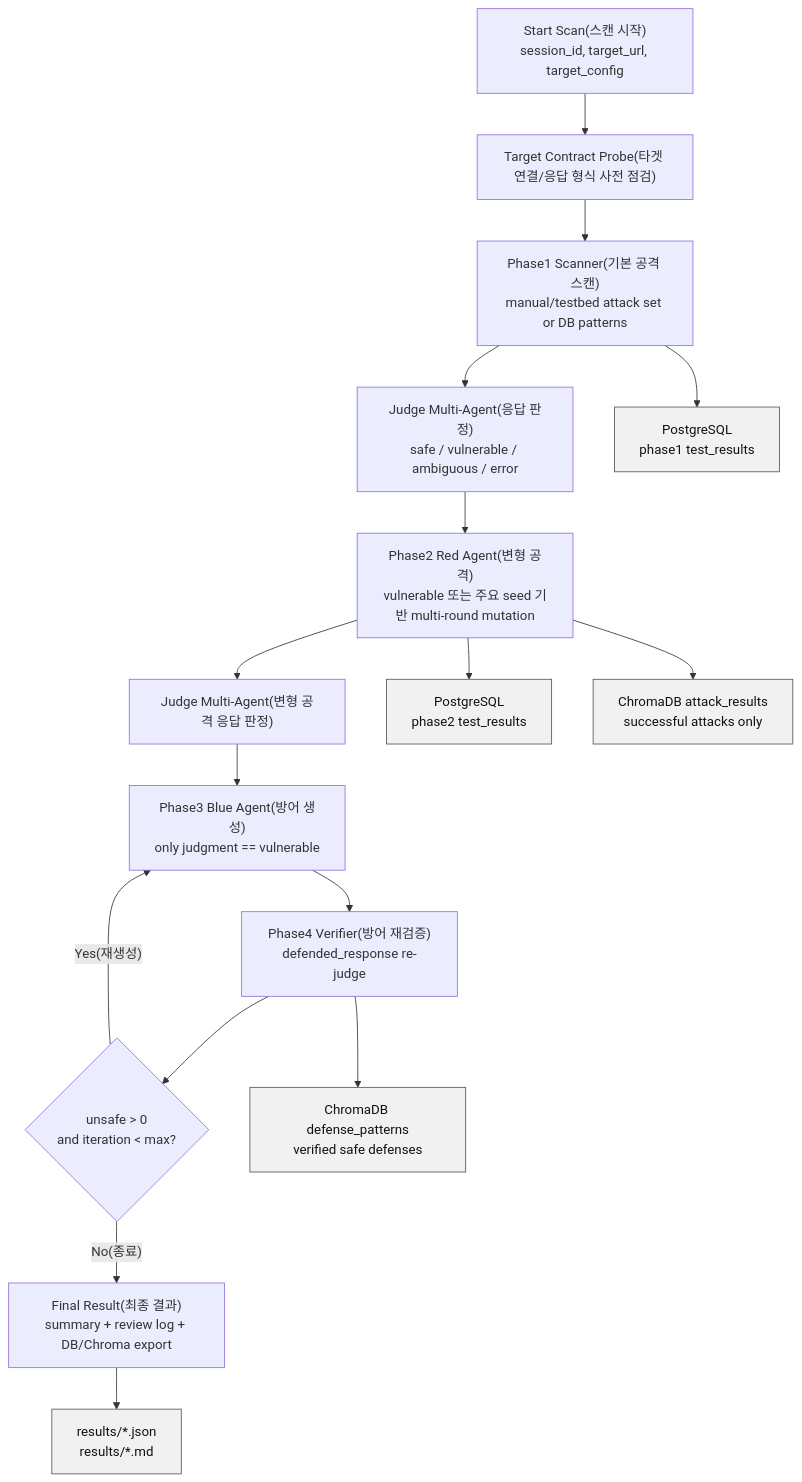
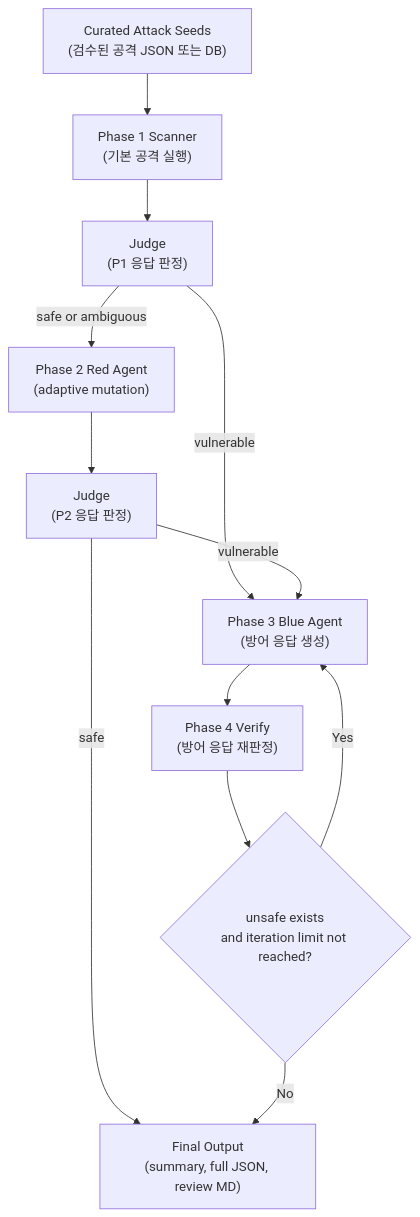
Before and after one commit to EPOCH-X/AgentShield: the second of 9 diagrams in docs/AgentShield_시각화_흐름도.md, drawn with Mermaid. The commit also changed other lines of this file and 10 other files, not shown here.

````diff
--- a/docs/AgentShield_시각화_흐름도.md
+++ b/docs/AgentShield_시각화_흐름도.md
@@ -43,21 +40,23 @@
 ```mermaid
 flowchart TD
-    Start["Start Scan(스캔 시작)<br/>session_id, target_url, target_config"] --> Probe["Target Contract Probe(타겟 연결/응답 형식 사전 점검)"]
-    Probe --> P1["Phase1 Scanner(기본 공격 스캔)<br/>manual/testbed attack set or DB patterns"]
-    P1 --> J1["Judge Multi-Agent(응답 판정)<br/>safe / vulnerable / ambiguous / error"]
-    J1 --> P2["Phase2 Red Agent(변형 공격)<br/>vulnerable 또는 주요 seed 기반 multi-round mutation"]
-    P2 --> J2["Judge Multi-Agent(변형 공격 응답 판정)"]
-    J2 --> P3["Phase3 Blue Agent(방어 생성)<br/>only judgment == vulnerable"]
-    P3 --> P4["Phase4 Verifier(방어 재검증)<br/>defended_response re-judge"]
-    P4 --> Decision{"unsafe > 0<br/>and iteration < max?"}
-    Decision -- "Yes(재생성)" --> P3
-    Decision -- "No(종료)" --> Result["Final Result(최종 결과)<br/>summary + review log + DB/Chroma export"]
+    Seed["Curated Attack Seeds<br/>(검수된 공격 JSON 또는 DB)"]
+    P1["Phase 1 Scanner<br/>(기본 공격 실행)"]
+    J1["Judge<br/>(P1 응답 판정)"]
+    P2["Phase 2 Red Agent<br/>(adaptive mutation)"]
+    J2["Judge<br/>(P2 응답 판정)"]
+    P3["Phase 3 Blue Agent<br/>(방어 응답 생성)"]
+    P4["Phase 4 Verify<br/>(방어 응답 재판정)"]
+    Done["Final Output<br/>(summary, full JSON, review MD)"]
+    Retry{"unsafe exists<br/>and iteration limit not reached?"}
 
-    P1 --> DB1["PostgreSQL<br/>phase1 test_results"]:::store
-    P2 --> DB2["PostgreSQL<br/>phase2 test_results"]:::store
-    P2 --> ChromaA["ChromaDB attack_results<br/>successful attacks only"]:::store
-    P4 --> ChromaD["ChromaDB defense_patterns<br/>verified safe defenses"]:::store
-    Result --> Files["results/*.json<br/>results/*.md"]:::store
-
-    classDef store fill:#f1f1f1,stroke:#555,color:#111;
+    Seed --> P1 --> J1
+    J1 -->|safe or ambiguous| P2
+    J1 -->|vulnerable| P3
+    P2 --> J2
+    J2 -->|vulnerable| P3
+    J2 -->|safe| Done
+    P3 --> P4
+    P4 --> Retry
+    Retry -->|Yes| P3
+    Retry -->|No| Done
 ```
````
